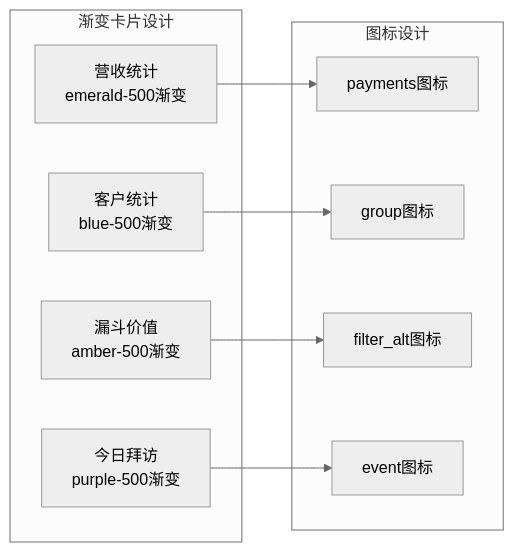
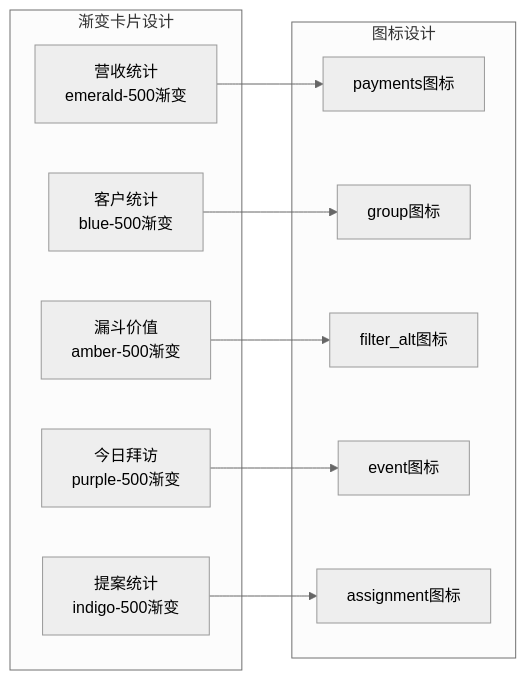
One commit to xianjianshenqu/SalesFlow-CRM changed diagram 19 of 23 in .qoder/repowiki/zh/content/Pre Sales Dashboard.md. Above: the diagram before and after it, drawn with Mermaid (neutral theme). The commit also changed other lines of this file and 13 other files, not shown here.

````diff
--- a/.qoder/repowiki/zh/content/Pre Sales Dashboard.md
+++ b/.qoder/repowiki/zh/content/Pre Sales Dashboard.md
@@ -613,19 +894,22 @@
 ```mermaid
 graph LR
 subgraph "渐变卡片设计"
 Payments[营收统计<br/>emerald-500渐变]
 Customers[客户统计<br/>blue-500渐变]
 Funnel[漏斗价值<br/>amber-500渐变]
 Visits[今日拜访<br/>purple-500渐变]
+Proposals[提案统计<br/>indigo-500渐变]
 end
 subgraph "图标设计"
 PaymentsIcon[payments图标]
 CustomersIcon[group图标]
 FunnelIcon[filter_alt图标]
 VisitsIcon[event图标]
+ProposalsIcon[assignment图标]
 end
 Payments --> PaymentsIcon
 Customers --> CustomersIcon
 Funnel --> FunnelIcon
 Visits --> VisitsIcon
+Proposals --> ProposalsIcon
 ```
````
